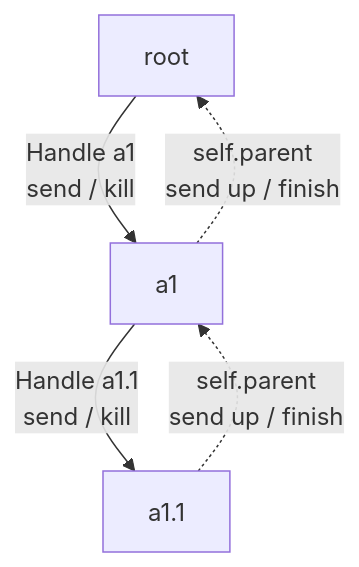
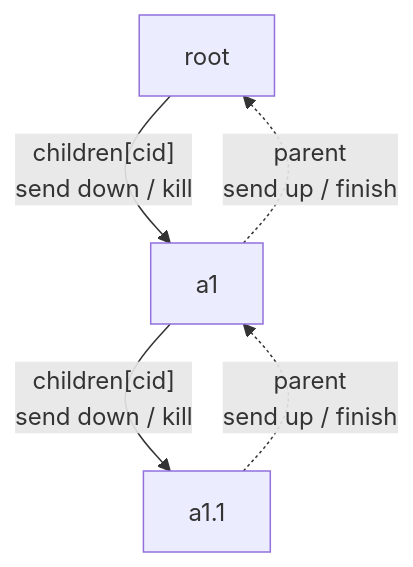
One commit to DarkSpaceY/NAN-itself changed the third of 7 diagrams in docs/for-contributors/architecture.md. Above: the diagram before and after it, drawn with Mermaid. The commit also changed other lines of this file and 25 other files, not shown here.

````diff
--- a/docs/for-contributors/architecture.md
+++ b/docs/for-contributors/architecture.md
@@ -80,7 +84,7 @@
 ```mermaid
 flowchart TD
-    R["root"] -->|"Handle a1<br/>send / kill"| A["a1"]
-    A -->|"Handle a1.1<br/>send / kill"| C["a1.1"]
-    C -.->|"self.parent<br/>send up / finish"| A
-    A -.->|"self.parent<br/>send up / finish"| R
+    R["root"] -->|"children[cid]<br/>send down / kill"| A["a1"]
+    A -->|"children[cid]<br/>send down / kill"| C["a1.1"]
+    C -.->|"parent<br/>send up / finish"| A
+    A -.->|"parent<br/>send up / finish"| R
 ```
````
